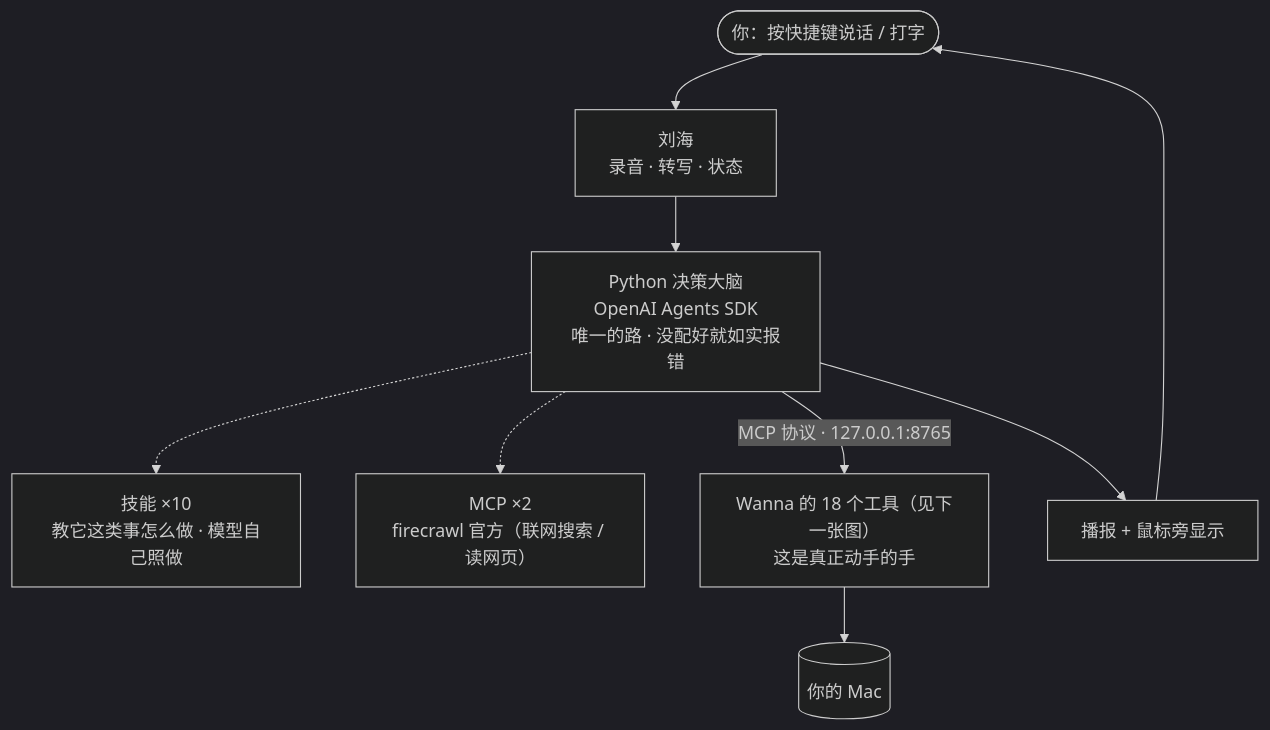
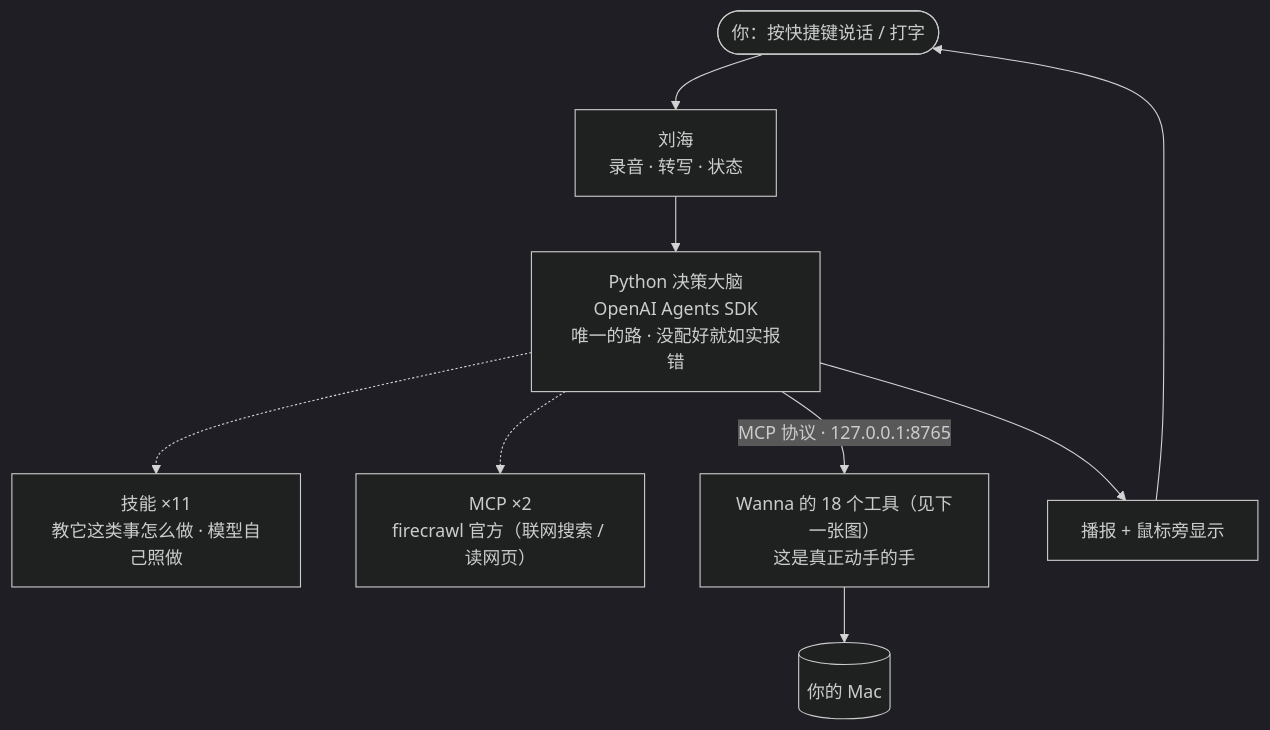
The first of 2 diagrams in 全局框架/00-项目全貌.md (nash-aigc/wanna), drawn with Mermaid (dark theme) before and after one commit. The commit also changed other lines of this file and 1 other file, not shown here.

````diff
--- a/全局框架/00-项目全貌.md
+++ b/全局框架/00-项目全貌.md
@@ -12,13 +12,13 @@
 ```mermaid
 flowchart TB
     U([你：按快捷键说话 / 打字]) --> N["刘海<br/>录音 · 转写 · 状态"]
     N --> P["Python 决策大脑<br/>OpenAI Agents SDK<br/>唯一的路 · 没配好就如实报错"]
 
-    P -.-> C1["技能 ×10<br/>教它这类事怎么做 · 模型自己照做"]
+    P -.-> C1["技能 ×11<br/>教它这类事怎么做 · 模型自己照做"]
     P -.-> C2["MCP ×2<br/>firecrawl 官方（联网搜索 / 读网页）"]
 
     P -->|MCP 协议 · 127.0.0.1:8765| H["Wanna 的 18 个工具（见下一张图）<br/>这是真正动手的手"]
     H --> MAC[(你的 Mac)]
     P --> R["播报 + 鼠标旁显示"]
     R --> U
 ```
````
